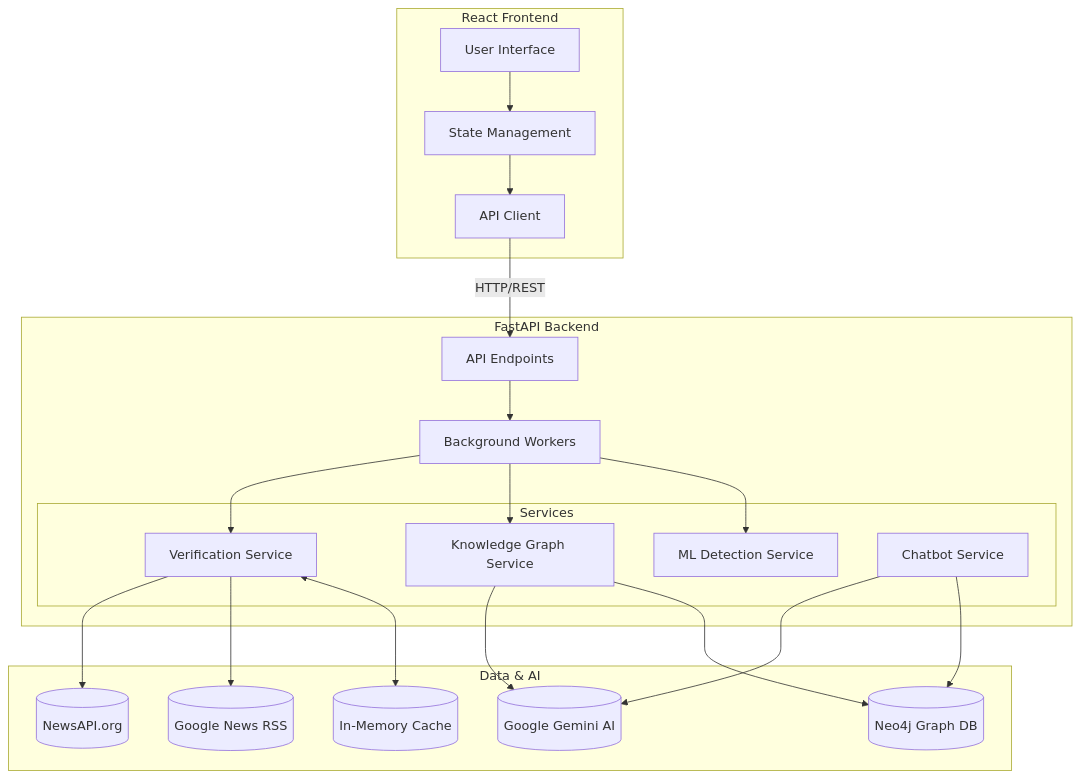
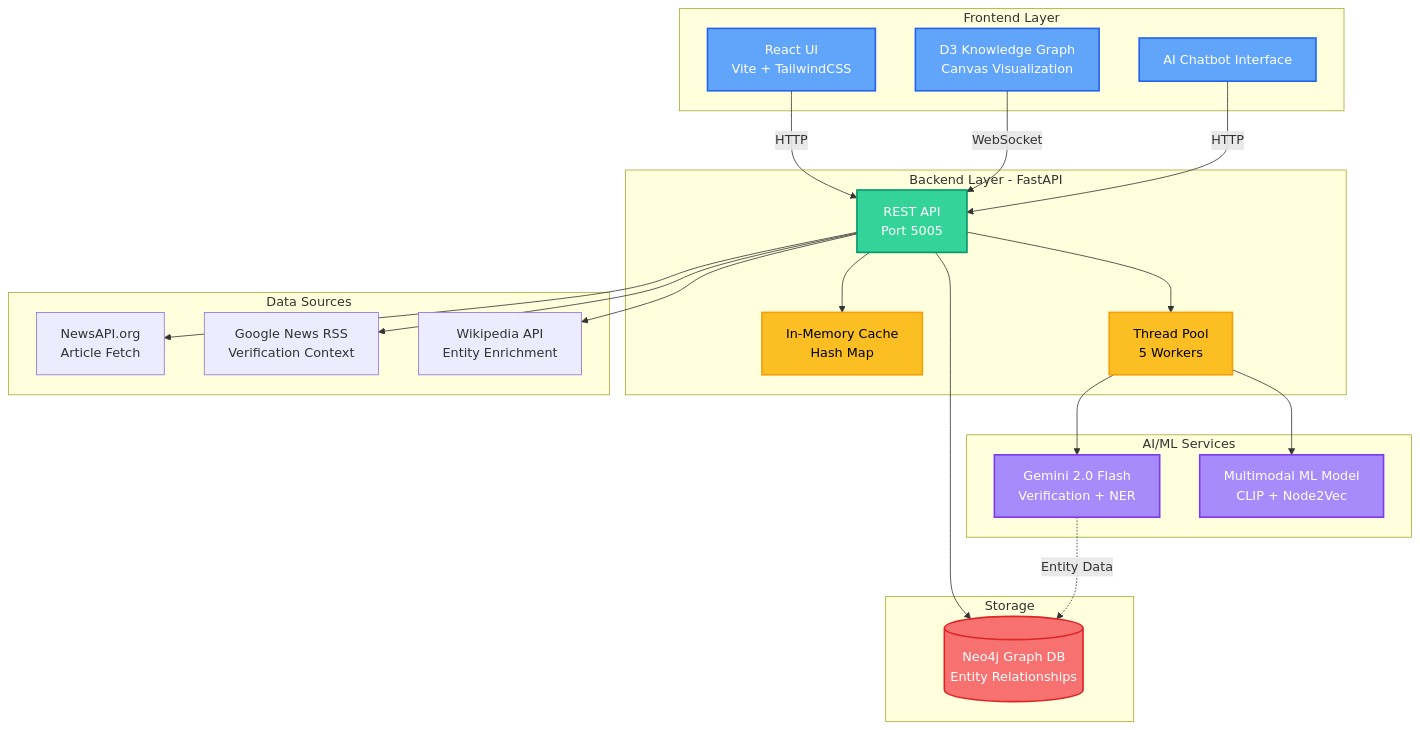
One commit to aksharabhaskar/NewsApp changed the first of 4 diagrams in README.md. Above: the diagram before and after it, drawn with Mermaid. The commit also changed other lines of this file, not shown here.

Commit message:
Enhance README with elaborate, color-coded diagrams

````diff
--- a/README.md
+++ b/README.md
@@ -19,46 +19,55 @@
 ```mermaid
-graph TD
-    subgraph Frontend [React Frontend]
-        UI[User Interface]
-        State[State Management]
-        API_Client[API Client]
+graph TB
+    subgraph "Frontend Layer"
+        UI[React UI<br/>Vite + TailwindCSS]
+        Graph[D3 Knowledge Graph<br/>Canvas Visualization]
+        Chat[AI Chatbot Interface]
     end
-
-    subgraph Backend [FastAPI Backend]
-        API_Gateway[API Endpoints]
-        Worker[Background Workers]
-        
-        subgraph Services
-            Verif[Verification Service]
-            KG_Service[Knowledge Graph Service]
-            ML_Service[ML Detection Service]
-            Chat_Service[Chatbot Service]
-        end
+    
+    subgraph "Backend Layer - FastAPI"
+        API[REST API<br/>Port 5005]
+        Cache[In-Memory Cache<br/>Hash Map]
+        Workers[Thread Pool<br/>5 Workers]
     end
-
-    subgraph Data [Data & AI]
-        Neo4j[("Neo4j Graph DB")]
-        Cache[("In-Memory Cache")]
-        Gemini[("Google Gemini AI")]
-        NewsAPI[("NewsAPI.org")]
-        GoogleRSS[("Google News RSS")]
+    
+    subgraph "AI/ML Services"
+        Gemini[Gemini 2.0 Flash<br/>Verification + NER]
+        ML[Multimodal ML Model<br/>CLIP + Node2Vec]
     end
-
-    UI --> State
-    State --> API_Client
-    API_Client -->|HTTP/REST| API_Gateway
-    API_Gateway --> Worker
-    Worker --> Verif
-    Worker --> KG_Service
-    Worker --> ML_Service
     
-    Verif --> NewsAPI
-    Verif --> GoogleRSS
-    Verif <--> Cache
+    subgraph "Data Sources"
+        NewsAPI[NewsAPI.org<br/>Article Fetch]
+        RSS[Google News RSS<br/>Verification Context]
+        Wiki[Wikipedia API<br/>Entity Enrichment]
+    end
     
-    KG_Service --> Gemini
-    KG_Service --> Neo4j
+    subgraph "Storage"
+        Neo4j[(Neo4j Graph DB<br/>Entity Relationships)]
+    end
     
-    Chat_Service --> Gemini
-    Chat_Service --> Neo4j
+    UI -->|HTTP| API
+    Graph -->|WebSocket| API
+    Chat -->|HTTP| API
+    
+    API --> Cache
+    API --> Workers
+    Workers --> Gemini
+    Workers --> ML
+    
+    API --> NewsAPI
+    API --> RSS
+    API --> Wiki
+    API --> Neo4j
+    
+    Gemini -.->|Entity Data| Neo4j
+    
+    style UI fill:#60a5fa,stroke:#2563eb,stroke-width:2px,color:#fff
+    style Graph fill:#60a5fa,stroke:#2563eb,stroke-width:2px,color:#fff
+    style Chat fill:#60a5fa,stroke:#2563eb,stroke-width:2px,color:#fff
+    style API fill:#34d399,stroke:#059669,stroke-width:2px,color:#fff
+    style Cache fill:#fbbf24,stroke:#f59e0b,stroke-width:2px,color:#000
+    style Workers fill:#fbbf24,stroke:#f59e0b,stroke-width:2px,color:#000
+    style Gemini fill:#a78bfa,stroke:#7c3aed,stroke-width:2px,color:#fff
+    style ML fill:#a78bfa,stroke:#7c3aed,stroke-width:2px,color:#fff
+    style Neo4j fill:#f87171,stroke:#dc2626,stroke-width:2px,color:#fff
 ```
````
